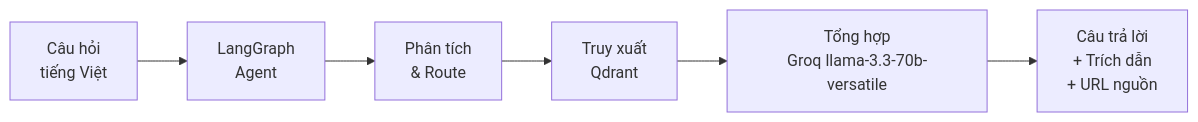
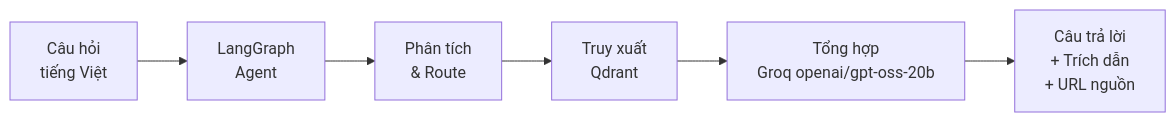
The first of 2 diagrams in docs/Brief.md (dovh25/agentic-rag-legal-qa-hanoi), drawn with Mermaid before and after one commit. The commit also changed other lines of this file and 70 other files, not shown here.

First line of the commit message:
feat: migrate LLM from Llama to GPT-OSS-20b via Groq + update frontend to Tailwind v3 + documentation updates

````diff
--- a/docs/Brief.md
+++ b/docs/Brief.md
@@ -44,8 +45,8 @@
 ```mermaid
 flowchart LR
     Q["Câu hỏi\ntiếng Việt"] --> A["LangGraph\nAgent"]
     A --> R["Phân tích\n& Route"]
     R --> S["Truy xuất\nQdrant"]
-    S --> G["Tổng hợp\nGroq llama-3.3-70b-versatile"]
+    S --> G["Tổng hợp\nGroq openai/gpt-oss-20b"]
     G --> ANS["Câu trả lời\n+ Trích dẫn\n+ URL nguồn"]
 ```
````
